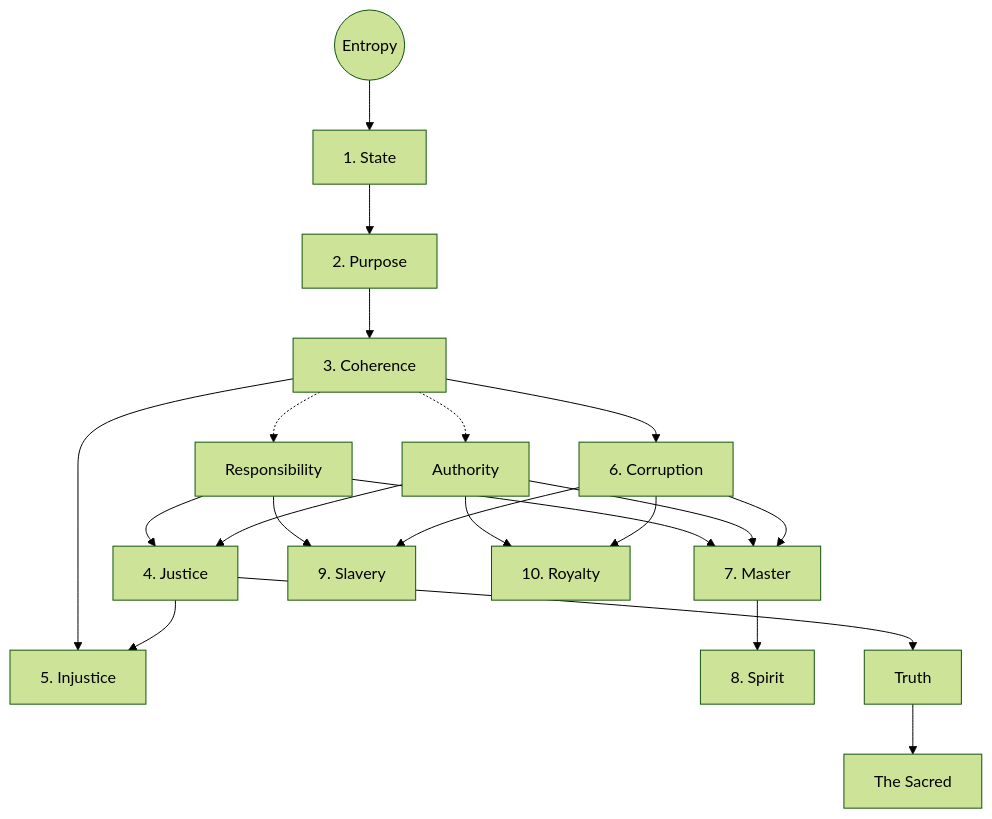
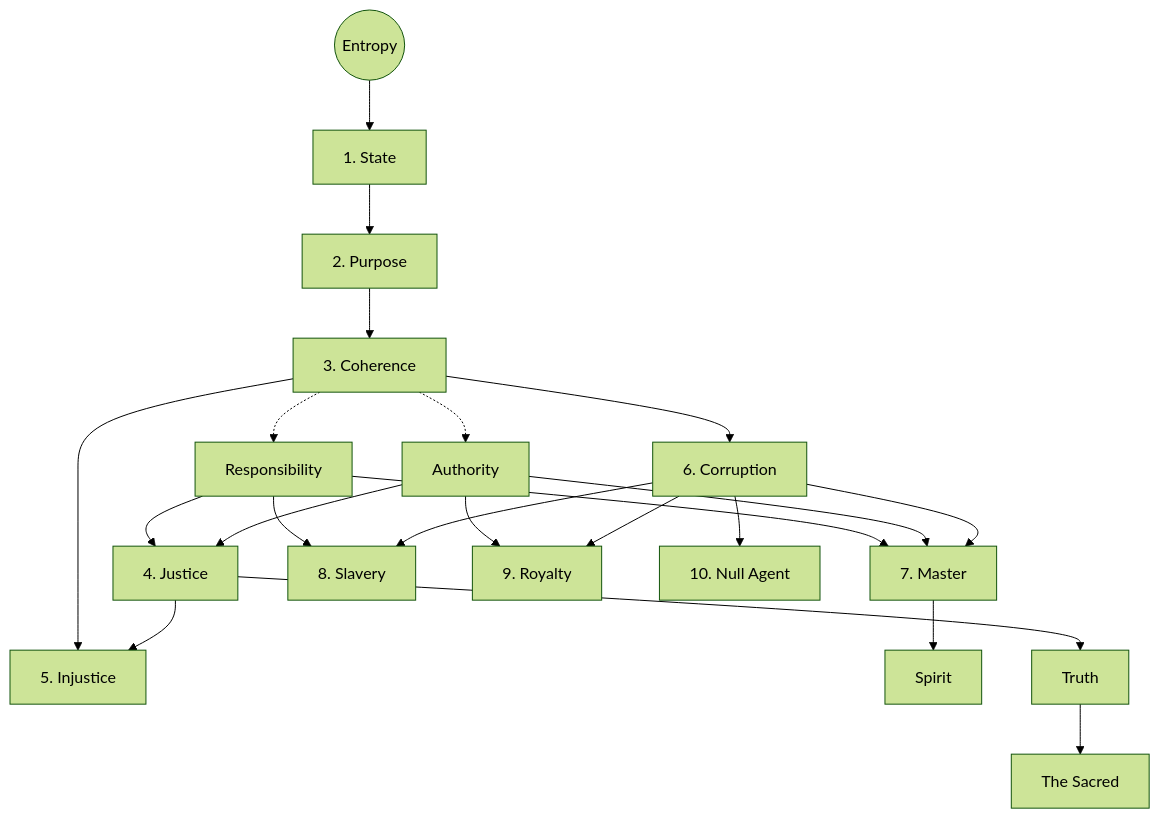
Before and after one commit to nrdxp/nrd.sh: the first of 2 diagrams in content/blog/axiosophy.md, drawn with Mermaid (forest theme). The commit also changed other lines of this file and 1 other file, not shown here.

````diff
--- a/content/blog/axiosophy.md
+++ b/content/blog/axiosophy.md
@@ -90,23 +90,24 @@
 ```mermaid
 graph TD
     E((Entropy)) --> S["1. State"]
     S --> P["2. Purpose"]
     P --> C["3. Coherence"]
     C -.-> R["Responsibility"]
     C -.-> A["Authority"]
     R --> J["4. Justice"]
     A --> J
     C --> I["5. Injustice"]
     J --> I
     C --> K["6. Corruption"]
     R --> M["7. Master"]
     A --> M
     K --> M
-    M --> Sp["8. Spirit"]
-    R --> Sl["9. Slavery"]
+    R --> Sl["8. Slavery"]
     K --> Sl
-    A --> Ro["10. Royalty"]
+    A --> Ro["9. Royalty"]
     K --> Ro
+    K --> N["10. Null Agent"]
+    M --> Sp["Spirit"]
     J --> T["Truth"]
     T --> Sc["The Sacred"]
 ```
````
